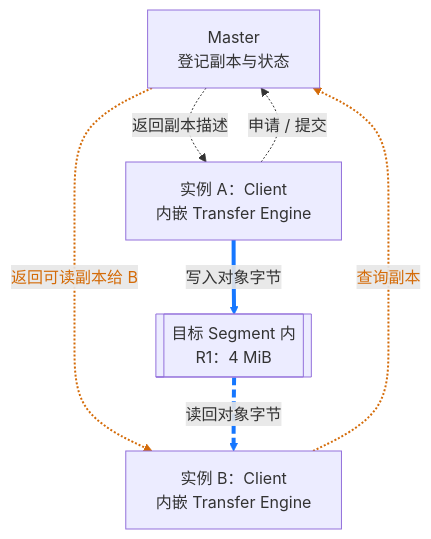
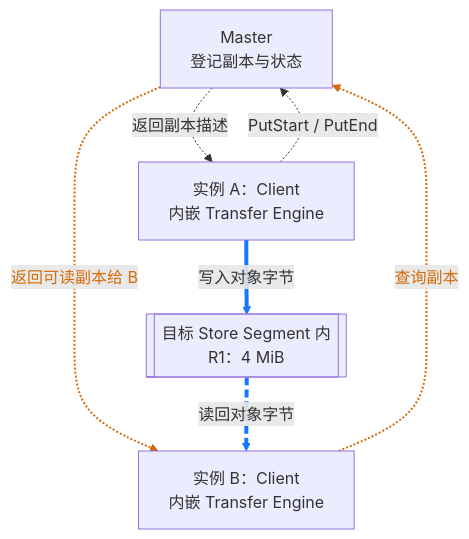
The diagram in mooncake-kv-cache-series/wechat/01-shared-kv-cache.md (Hansyangxingxiang/Mooncake), drawn with Mermaid before and after one commit. The commit also changed other lines of this file and 10 other files, not shown here.

````diff
--- a/mooncake-kv-cache-series/wechat/01-shared-kv-cache.md
+++ b/mooncake-kv-cache-series/wechat/01-shared-kv-cache.md
@@ -47,16 +47,16 @@
 ```mermaid
 flowchart TB
     M["Master<br/>登记副本与状态"]
     A["实例 A：Client<br/>内嵌 Transfer Engine"]
     B["实例 B：Client<br/>内嵌 Transfer Engine"]
-    R1[["目标 Segment 内<br/>R1：4 MiB"]]
-    A -.->|"申请 / 提交"| M
+    R1[["目标 Store Segment 内<br/>R1：4 MiB"]]
+    A -.->|"PutStart / PutEnd"| M
     M -.->|"返回副本描述"| A
     B -.->|"查询副本"| M
     M -.->|"返回可读副本给 B"| B
     A ==>|"写入对象字节"| R1
     R1 -.->|"读回对象字节"| B
     linkStyle 2,3 stroke:#D46B08,color:#D46B08,stroke-width:2px
     linkStyle 4 stroke:#1677FF,stroke-width:4px
     linkStyle 5 stroke:#1677FF,stroke-width:4px,stroke-dasharray:8 4
 ```
````
